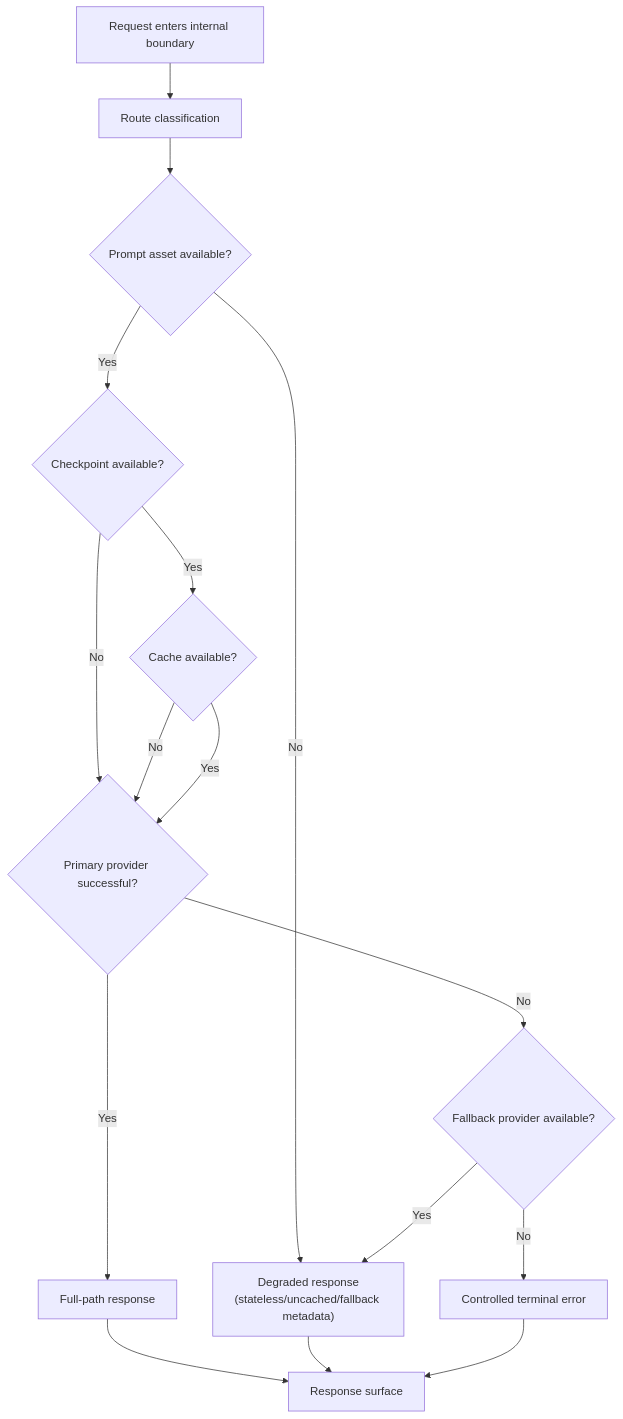
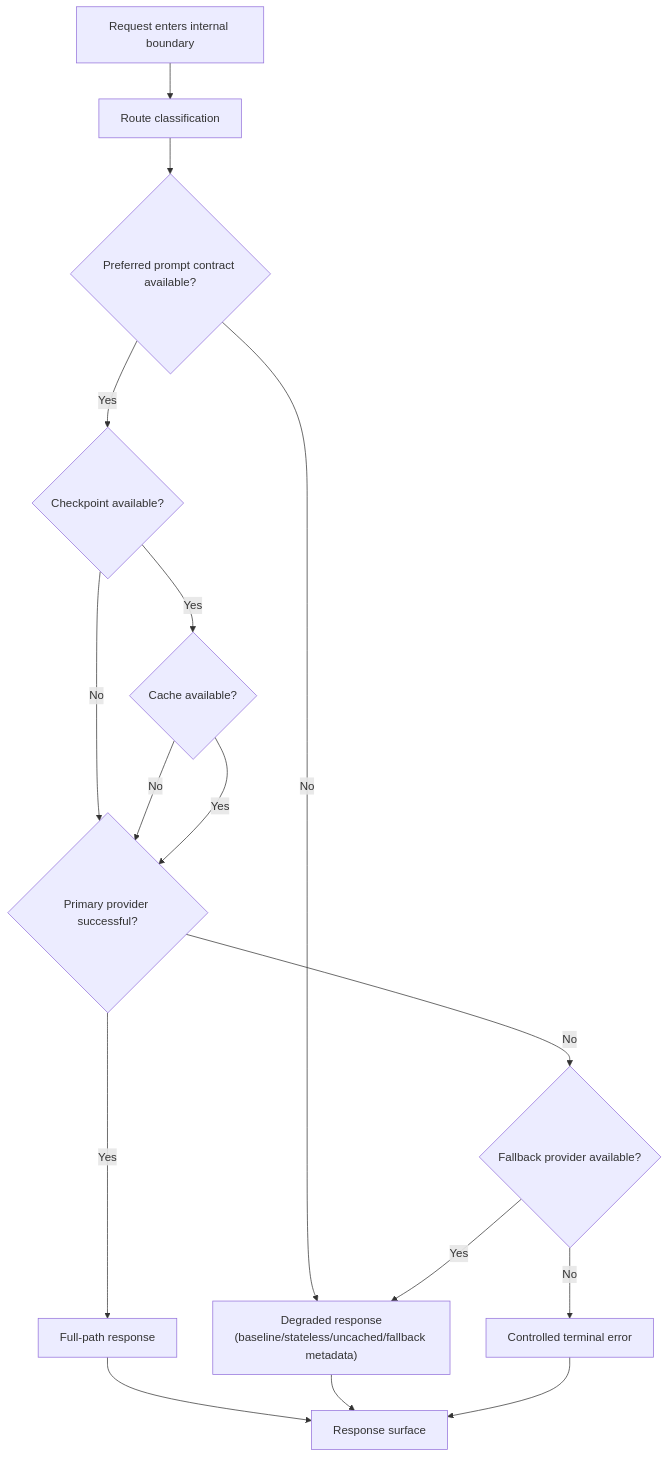
The ninth of 11 diagrams in docs/domains/agent/ARCHITECTURE_DESIGN.md (d-dragon/dp-stock-investment-assistant), drawn with Mermaid before and after one commit. The commit also changed other lines of this file and 1 other file, not shown here.

Commit message:
docs(agent): refine prompt system architecture and design with clarifying transition from hardcoded to governed prompt assets

````diff
--- a/docs/domains/agent/ARCHITECTURE_DESIGN.md
+++ b/docs/domains/agent/ARCHITECTURE_DESIGN.md
@@ -772,29 +766,29 @@
 ```mermaid
 flowchart TD
   Start["Request enters internal boundary"]
   Route["Route classification"]
-  PromptLoad{"Prompt asset available?"}
+  PromptLoad{"Preferred prompt contract available?"}
   Checkpoint{"Checkpoint available?"}
   Cache{"Cache available?"}
   Invoke{"Primary provider successful?"}
   Fallback{"Fallback provider available?"}
   Full["Full-path response"]
-  Degraded["Degraded response\n(stateless/uncached/fallback metadata)"]
+  Degraded["Degraded response\n(baseline/stateless/uncached/fallback metadata)"]
   ControlledError["Controlled terminal error"]
   Served["Response surface"]
 
   Start --> Route --> PromptLoad
   PromptLoad -- "No" --> Degraded
   PromptLoad -- "Yes" --> Checkpoint
   Checkpoint -- "No" --> Invoke
   Checkpoint -- "Yes" --> Cache
   Cache -- "No" --> Invoke
   Cache -- "Yes" --> Invoke
   Invoke -- "Yes" --> Full
   Invoke -- "No" --> Fallback
   Fallback -- "Yes" --> Degraded
   Fallback -- "No" --> ControlledError
   Full --> Served
   Degraded --> Served
   ControlledError --> Served
 ```
````
